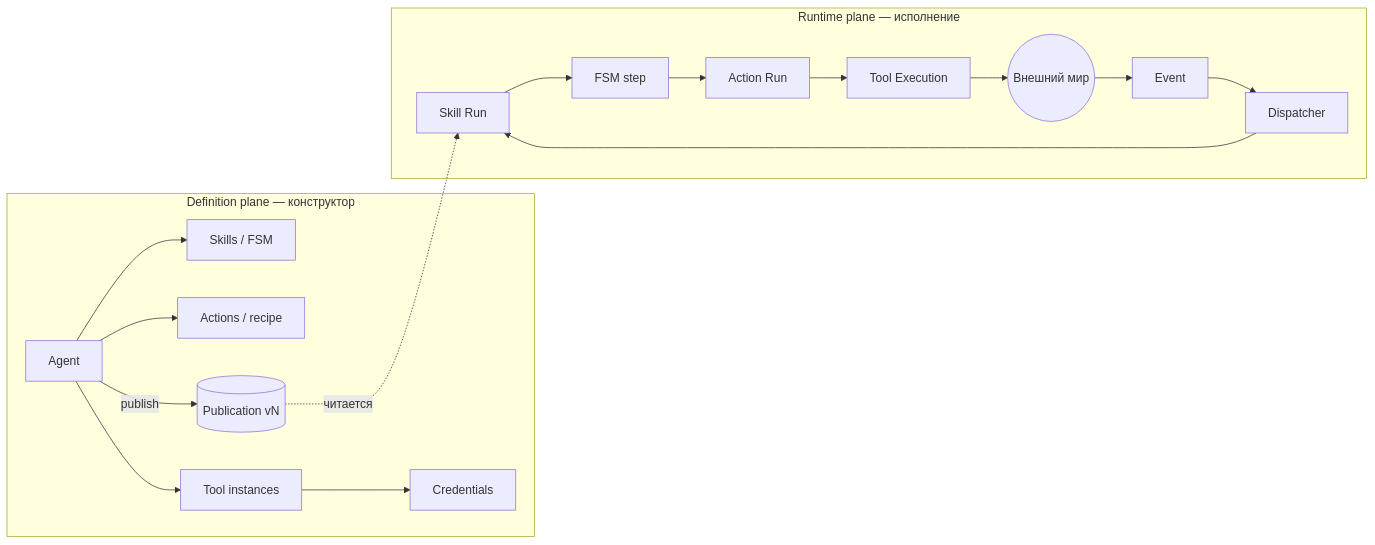
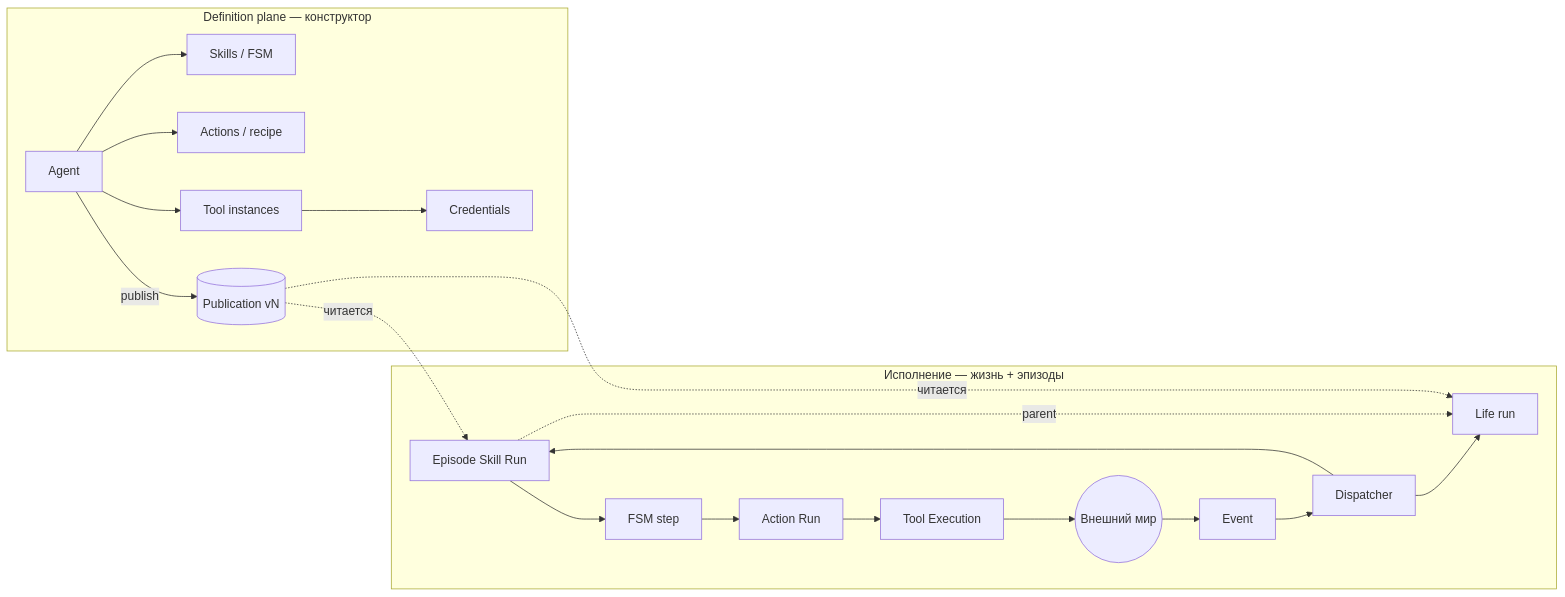
One commit to atakhan/E.V.A. changed the first of 2 diagrams in docs/02-domain/overview.md. Above: the diagram before and after it, drawn with Mermaid. The commit also changed other lines of this file and 69 other files, not shown here.

First line of the commit message:
Add Life runtime spine and plugin/skill constructor modes.

````diff
--- a/docs/02-domain/overview.md
+++ b/docs/02-domain/overview.md
@@ -7,20 +7,23 @@
 ```mermaid
 flowchart LR
   subgraph Definition["Definition plane — конструктор"]
     A[Agent] --> S[Skills / FSM]
     A --> AC[Actions / recipe]
     A --> T[Tool instances]
     T --> C[Credentials]
     A -->|publish| P[(Publication vN)]
   end
-  subgraph Runtime["Runtime plane — исполнение"]
+  subgraph LifePlane["Исполнение — жизнь + эпизоды"]
     E[Event] --> D[Dispatcher]
-    D --> R[Skill Run]
+    D --> L[Life run]
+    D --> R[Episode Skill Run]
     R --> F[FSM step]
     F --> AR[Action Run]
     AR --> TE[Tool Execution]
     TE --> W((Внешний мир))
     W --> E
+    R -.->|parent| L
   end
+  P -. читается .-> L
   P -. читается .-> R
 ```
````
